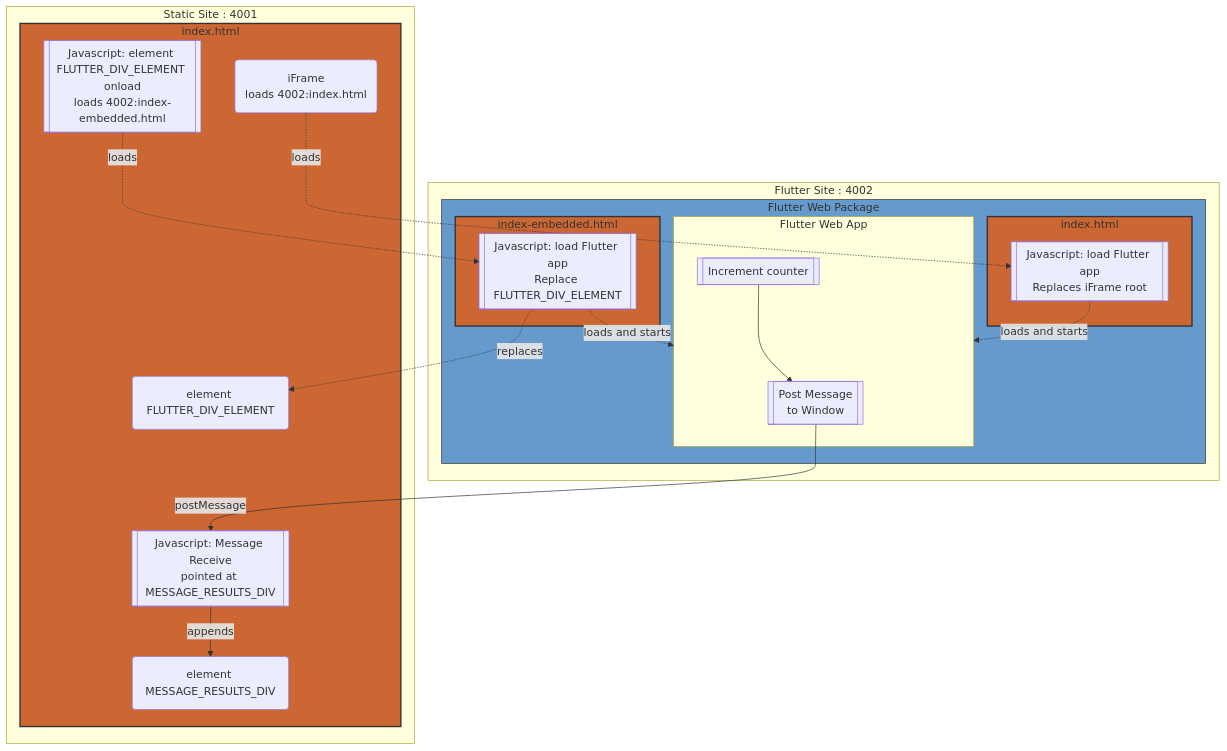
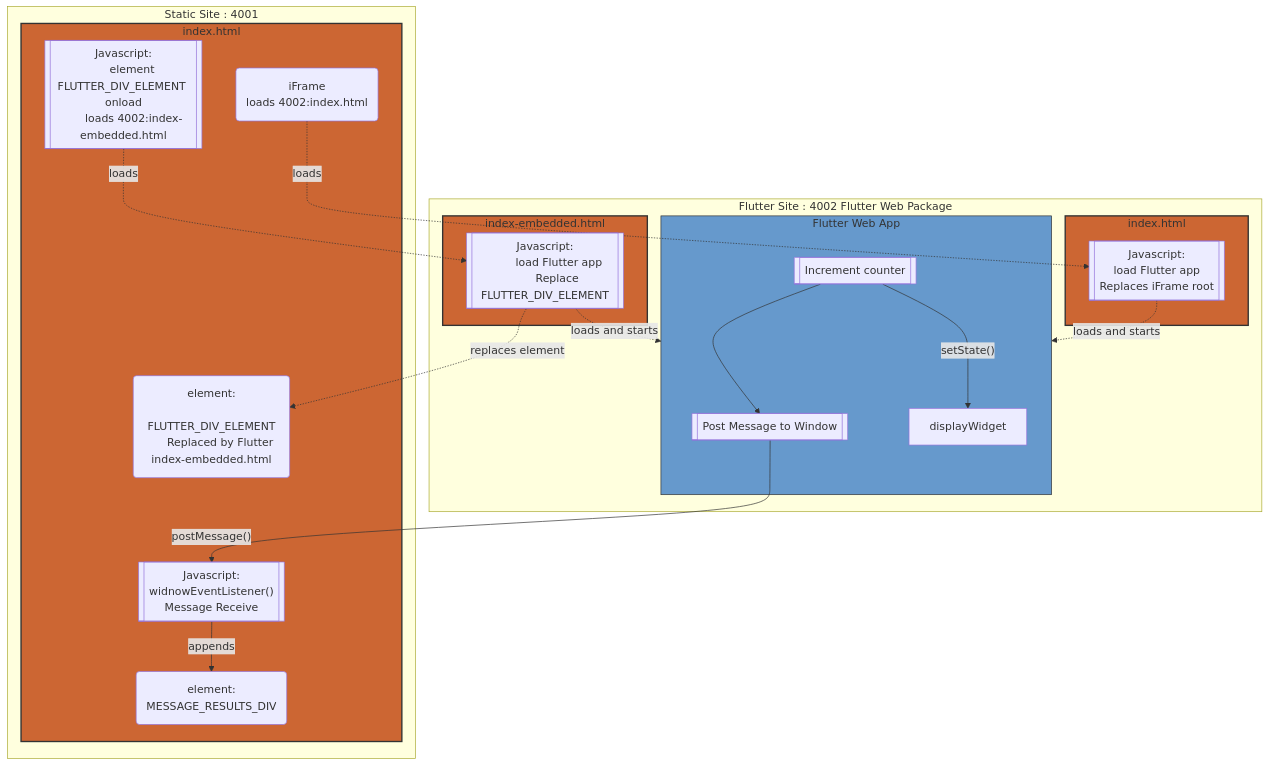
One commit to freemansoft/flutter-embedded changed the diagram in README.md. Above: the diagram before and after it, drawn with Mermaid.

Commit message:
Playing with formatting

````diff
--- a/README.md
+++ b/README.md
@@ -11,47 +11,60 @@
 ```mermaid
 graph TD
   subgraph 4001[Static Site : 4001]
     subgraph staticIndex[index.html]
-      iFrame(iFrame <br/;> loads 4002:index.html)
-      elementFlutterDiv(element FLUTTER_DIV_ELEMENT)
+      iFrame("iFrame
+      loads 4002:index.html")
 
-      elementLoad[[Javascript: element FLUTTER_DIV_ELEMENT onload<br/;>loads 4002:index-embedded.html]]
+      elementLoad[["Javascript:
+      element FLUTTER_DIV_ELEMENT onload
+      loads 4002:index-embedded.html"]]
 
-      messageReceive[[Javascript: Message Receive<br/;>pointed at MESSAGE_RESULTS_DIV]]
-      elementMessage(element MESSAGE_RESULTS_DIV)
+      elementFlutterDiv("element:
+      FLUTTER_DIV_ELEMENT
+      Replaced by Flutter index-embedded.html")
+
+      messageReceive[["Javascript:
+      widnowEventListener()
+      Message Receive"]]
+      elementMessage("element:
+      MESSAGE_RESULTS_DIV")
     end
   end
 
-  subgraph 4002[Flutter Site : 4002]
-    subgraph flutterWebPackage[Flutter Web Package]
+  subgraph 4002[Flutter Site : 4002 Flutter Web Package]
       subgraph flutterIndex[index.html]
-        flutterIndexLoad[[Javascript: load Flutter app<br/;>Replaces iFrame root]]
+        flutterIndexLoad[["Javascript:
+        load Flutter app
+        Replaces iFrame root"]]
       end
       subgraph flutterIndexEmbedded[index-embedded.html]
-        flutterIndexLoadEmbedded[[Javascript: load Flutter app<br/;>Replace FLUTTER_DIV_ELEMENT]]
+        flutterIndexLoadEmbedded[["Javascript:
+        load Flutter app
+        Replace FLUTTER_DIV_ELEMENT"]]
       end
       subgraph flutter[Flutter Web App]
-        flutterPostMessage[[Post Message<br/;>to Window]]
+        flutterPostMessage[["Post Message to Window"]]
         counter[[Increment counter]]
+        displayWidget
       end
-    end
   end
 
   elementLoad-.loads.->flutterIndexLoadEmbedded
   iFrame-.loads.->flutterIndexLoad
 
+  flutterIndexLoadEmbedded-.loads and starts.->flutter
   flutterIndexLoad-.loads and starts.->flutter
-  flutterIndexLoadEmbedded-.loads and starts.->flutter
-  flutterIndexLoadEmbedded-.replaces.->elementFlutterDiv
+  flutterIndexLoadEmbedded-.replaces element.->elementFlutterDiv
   counter-->flutterPostMessage
+  counter--setState()-->displayWidget
 
-  flutterPostMessage--postMessage-->messageReceive
+  flutterPostMessage--postMessage()-->messageReceive
   messageReceive--appends-->elementMessage
 
 
   classDef orange fill:#c63,stroke:#333,stroke-width:2px;
   classDef blue fill:#69c,stroke:#333,strong-width:2px;
   class staticIndex,flutterIndex,flutterIndexEmbedded orange
-  class flutterWebPackage blue
+  class flutter blue
 
 ```
````
